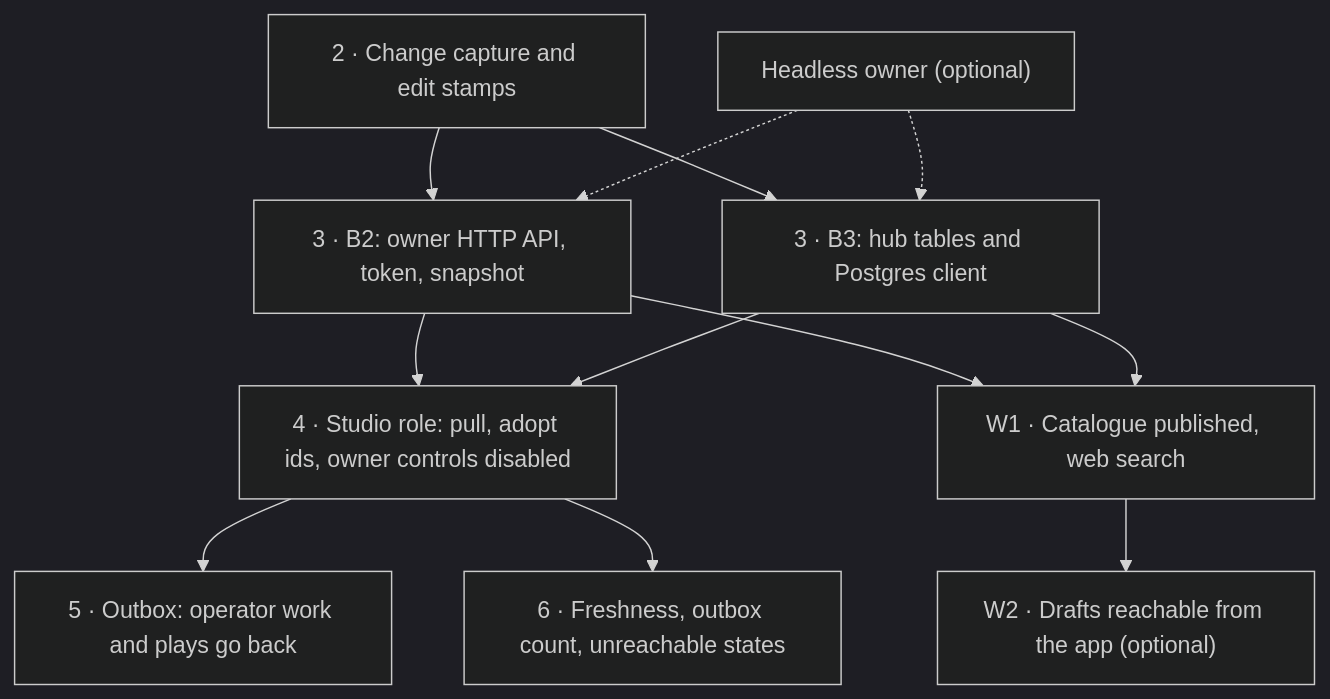
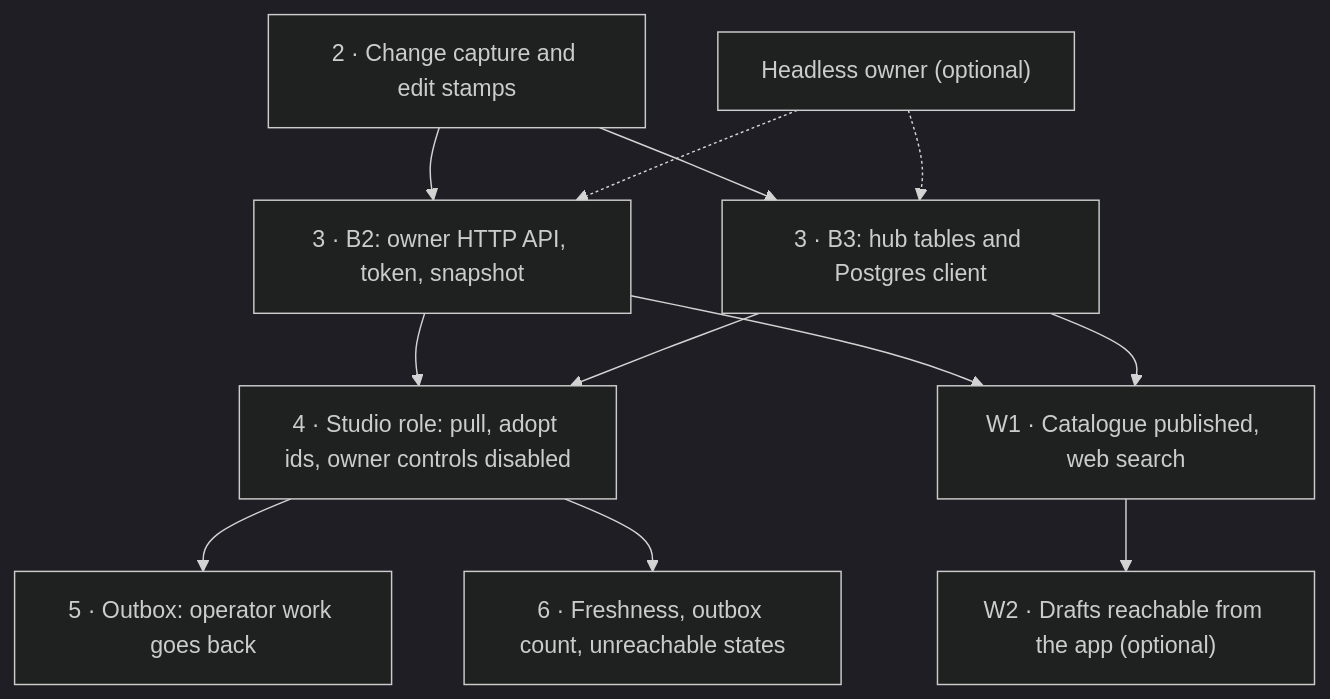
One commit to Arskah/radiodiodj changed the fifth of 5 diagrams in docs/external-library.md. Above: the diagram before and after it, drawn with Mermaid (dark theme). The commit also changed other lines of this file and 3 other files, not shown here.

````diff
--- a/docs/external-library.md
+++ b/docs/external-library.md
@@ -462,23 +463,23 @@
 ```mermaid
 flowchart TD
   I2["2 · Change capture and edit stamps"]
   I3a["3 · B2: owner HTTP API, token, snapshot"]
   I3b["3 · B3: hub tables and Postgres client"]
   I4["4 · Studio role: pull, adopt ids, owner controls disabled"]
-  I5["5 · Outbox: operator work and plays go back"]
+  I5["5 · Outbox: operator work goes back"]
   I6["6 · Freshness, outbox count, unreachable states"]
   H["Headless owner (optional)"]
   W1["W1 · Catalogue published, web search"]
   W2["W2 · Drafts reachable from the app (optional)"]
   I2 --> I3a
   I2 --> I3b
   I3a --> I4
   I3b --> I4
   I4 --> I5
   I4 --> I6
   I3a --> W1
   I3b --> W1
   W1 --> W2
   H -.-> I3a
   H -.-> I3b
 ```
````
